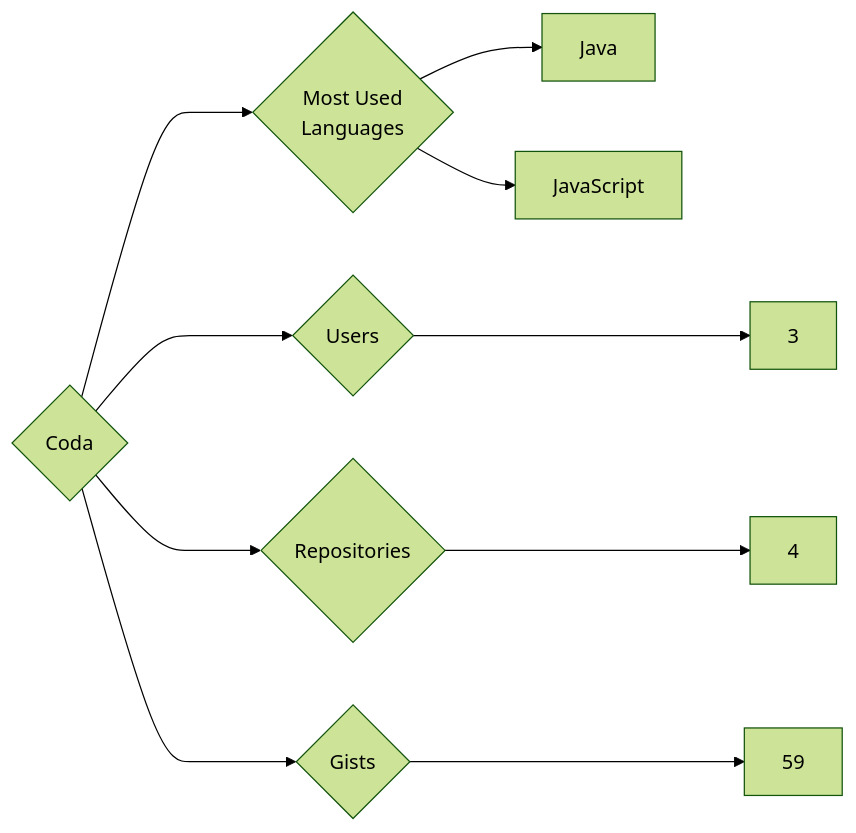
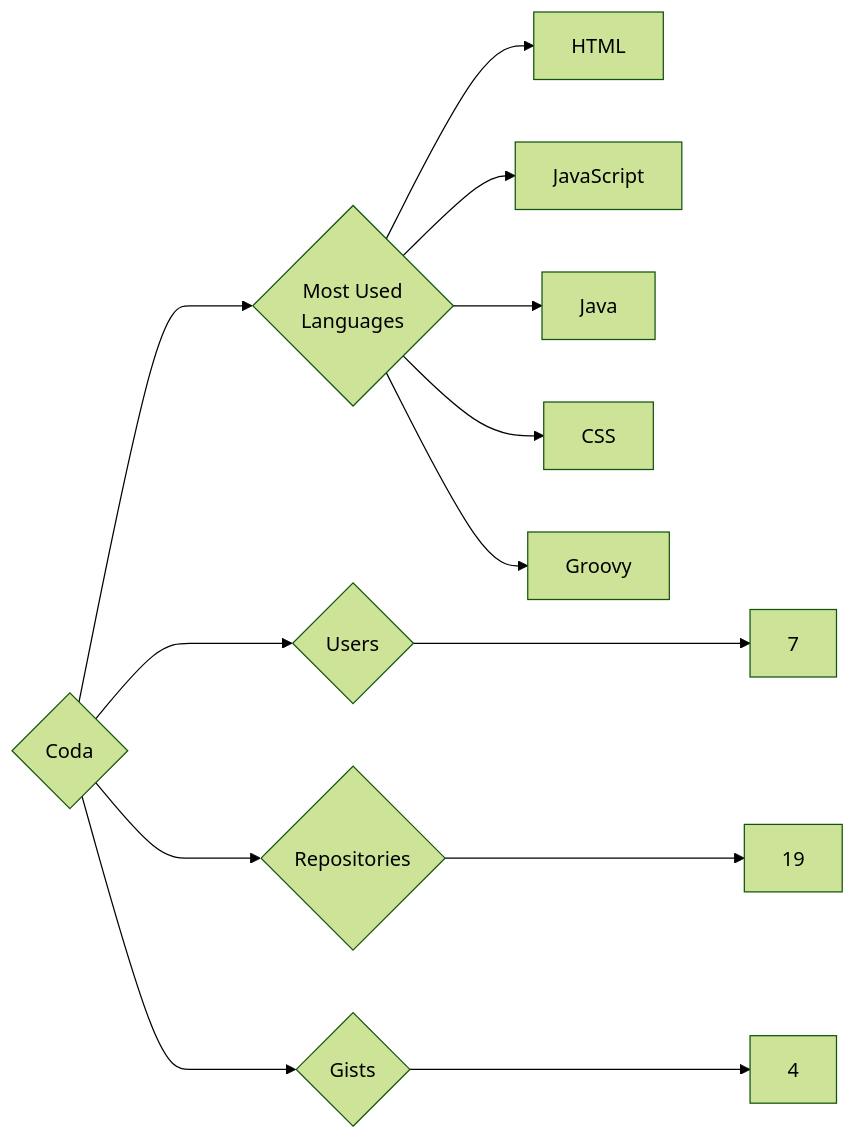
The diagram in targets/Coda/README.md (trickest/insiders), drawn with Mermaid (forest theme) before and after one commit. The commit also changed 1030 other files, not shown here.

````diff
--- a/targets/Coda/README.md
+++ b/targets/Coda/README.md
@@ -3,10 +3,13 @@
 ```mermaid
 graph LR
 COMPANY_NAME{Coda}
-COMPANY_NAME ---> U{Users} ---> UN[3]
-COMPANY_NAME ---> R{Repositories} ---> RN[4]
-COMPANY_NAME ---> G{Gists} ---> GN[59]
+COMPANY_NAME ---> U{Users} ---> UN[7]
+COMPANY_NAME ---> R{Repositories} ---> RN[19]
+COMPANY_NAME ---> G{Gists} ---> GN[4]
 COMPANY_NAME ---> ML{Most Used<br>Languages}
+ML --> HTML[HTML]
+ML --> JavaScript[JavaScript]
 ML --> Java[Java]
-ML --> JavaScript[JavaScript]
+ML --> CSS[CSS]
+ML --> Groovy[Groovy]
 ```
````
